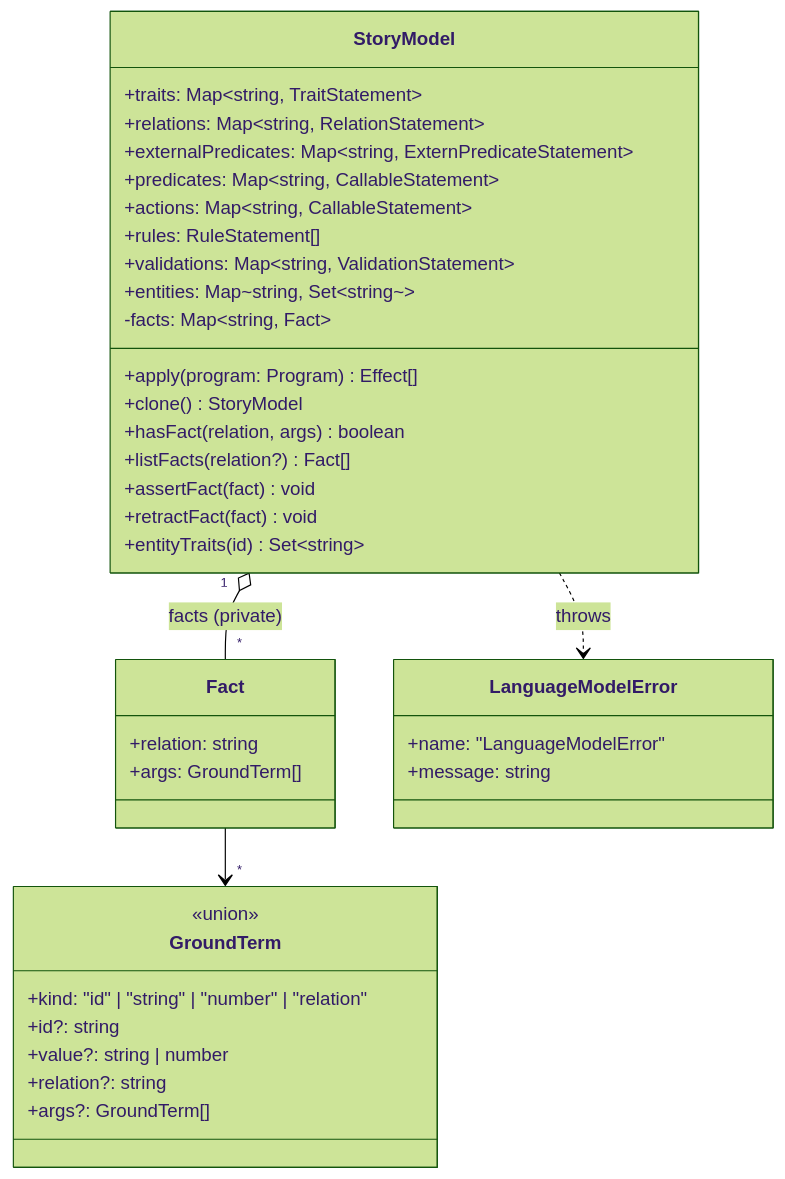
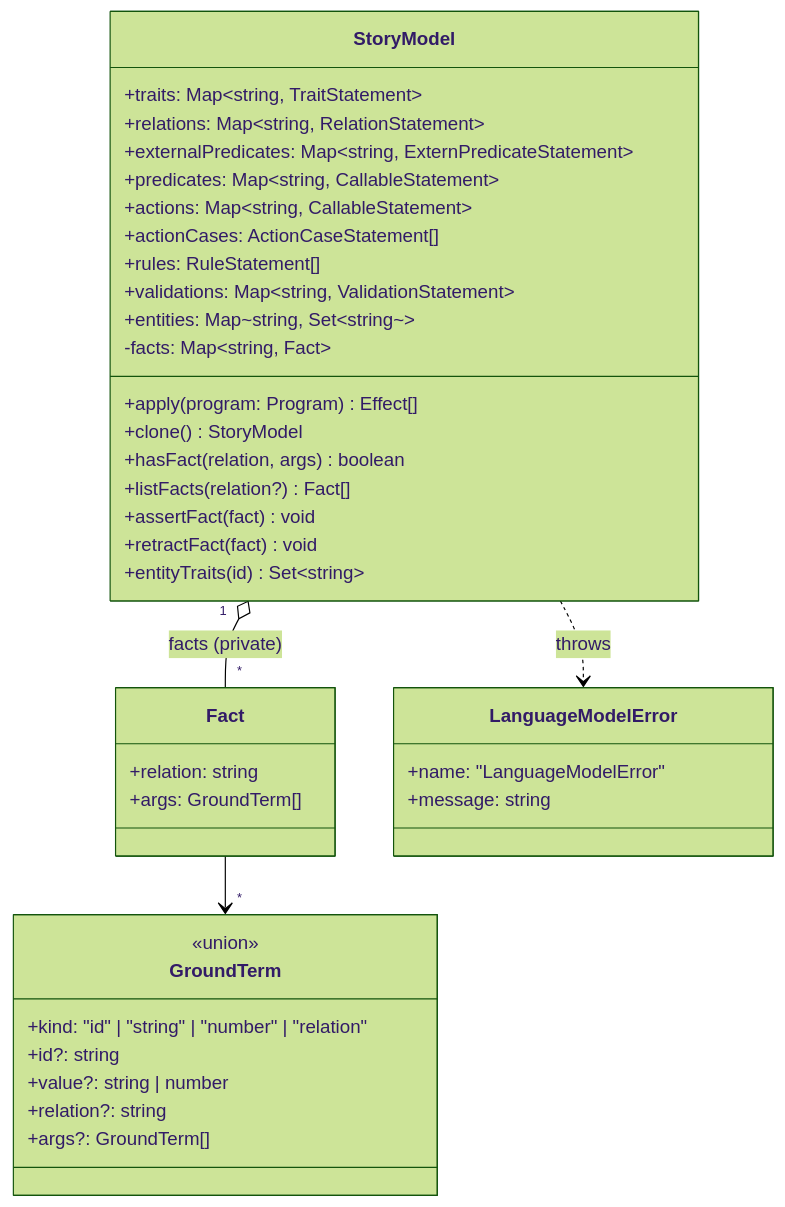
The second of 6 diagrams in specs/engine-model.md (johnnyfs/qualms), drawn with Mermaid (forest theme) before and after one commit. The commit also changed other lines of this file and 8 other files, not shown here.

Commit message:
action rule cases

````diff
--- a/specs/engine-model.md
+++ b/specs/engine-model.md
@@ -200,45 +227,46 @@
 ```mermaid
 classDiagram
   class StoryModel {
     +traits: Map~string, TraitStatement~
     +relations: Map~string, RelationStatement~
     +externalPredicates: Map~string, ExternPredicateStatement~
     +predicates: Map~string, CallableStatement~
     +actions: Map~string, CallableStatement~
+    +actionCases: ActionCaseStatement[]
     +rules: RuleStatement[]
     +validations: Map~string, ValidationStatement~
     +entities: Map~string, Set~string~~
     -facts: Map~string, Fact~
     +apply(program: Program) Effect[]
     +clone() StoryModel
     +hasFact(relation, args) boolean
     +listFacts(relation?) Fact[]
     +assertFact(fact) void
     +retractFact(fact) void
     +entityTraits(id) Set~string~
   }
 
   class Fact {
     +relation: string
     +args: GroundTerm[]
   }
 
   class GroundTerm {
     <<union>>
     +kind: "id" | "string" | "number" | "relation"
     +id?: string
     +value?: string | number
     +relation?: string
     +args?: GroundTerm[]
   }
 
   class LanguageModelError {
     +name: "LanguageModelError"
     +message: string
   }
 
   StoryModel "1" o-- "*" Fact : facts (private)
   Fact --> "*" GroundTerm
 
   StoryModel ..> LanguageModelError : throws
 ```
````
